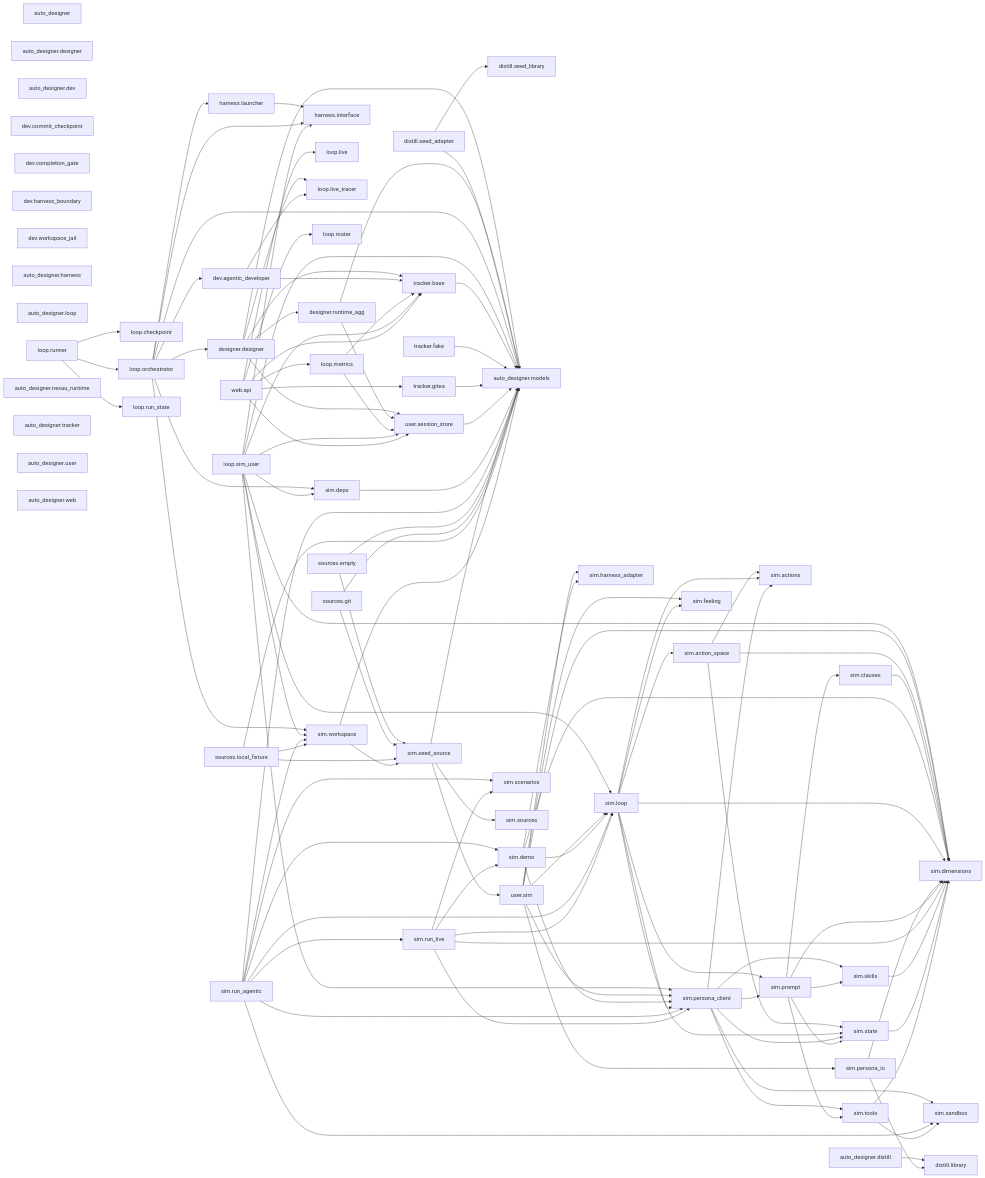
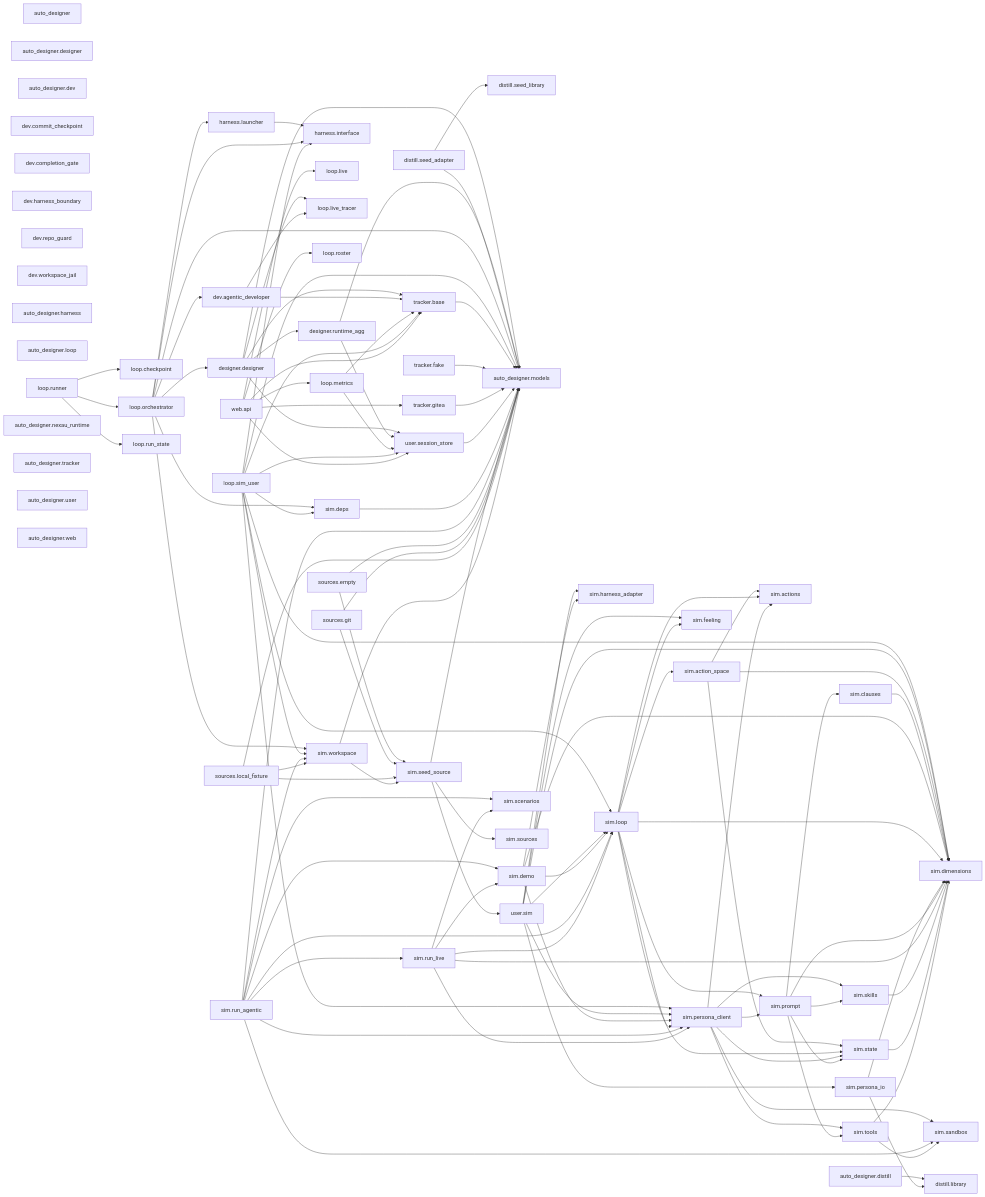
The diagram in docs/specs/ARCHITECTURE.md (Curry09/AHE-Beta), drawn with Mermaid before and after one commit. The commit also changed other lines of this file, not shown here.

Commit message:
docs(specs): render ARCHITECTURE 补 repo_guard 模块行——消 CI drift

```diff
--- a/docs/specs/ARCHITECTURE.md
+++ b/docs/specs/ARCHITECTURE.md
@@ -157,6 +158,7 @@
     nauto_designer_dev_commit_checkpoint["dev.commit_checkpoint"]
     nauto_designer_dev_completion_gate["dev.completion_gate"]
     nauto_designer_dev_harness_boundary["dev.harness_boundary"]
+    nauto_designer_dev_repo_guard["dev.repo_guard"]
     nauto_designer_dev_workspace_jail["dev.workspace_jail"]
     nauto_designer_distill["auto_designer.distill"]
     nauto_designer_distill_library["distill.library"]
```
